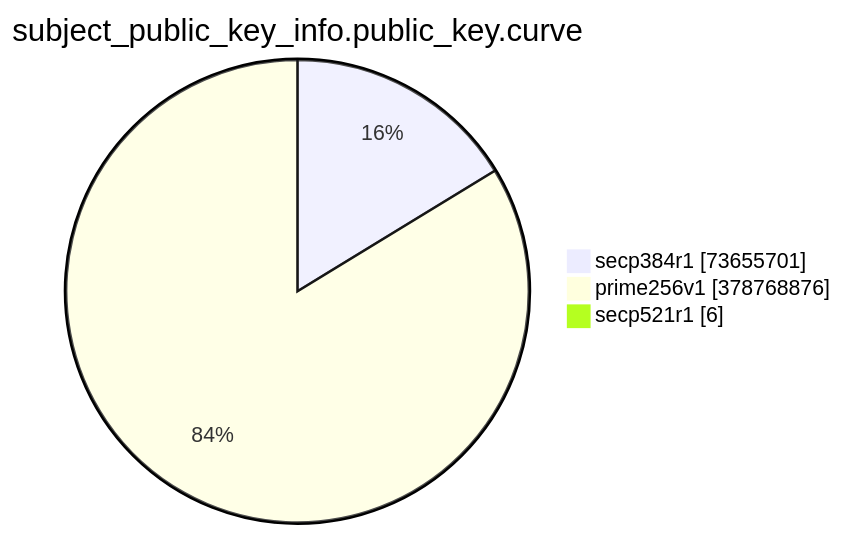
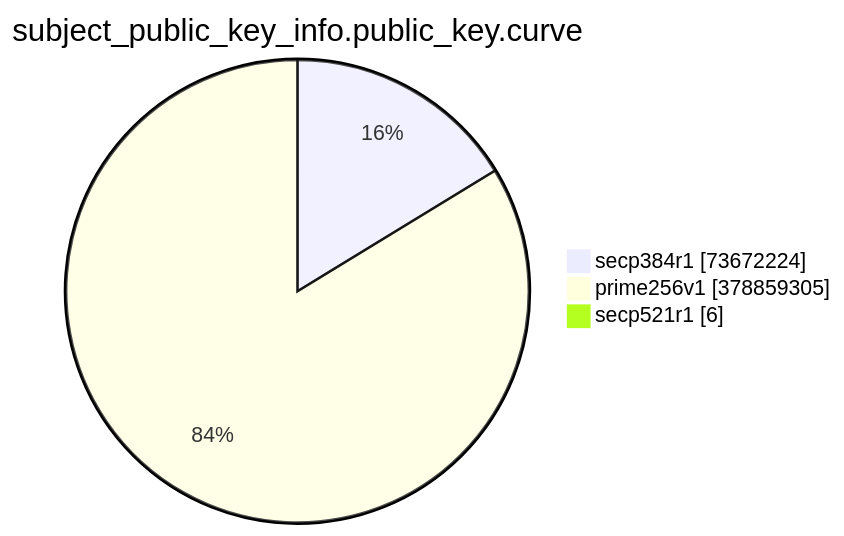
Before and after one commit to christiankrug/ctmonitor_visualization: the eighth of 15 diagrams in TOTAL/README.md, drawn with Mermaid. The commit also changed other lines of this file, not shown here.

````diff
--- a/TOTAL/README.md
+++ b/TOTAL/README.md
@@ -3094,7 +3094,7 @@
 ```mermaid
 pie showData
 title subject_public_key_info.public_key.curve
-"secp384r1" :73655701
-"prime256v1" :378768876
+"secp384r1" :73672224
+"prime256v1" :378859305
 "secp521r1" :6
 ```
````
